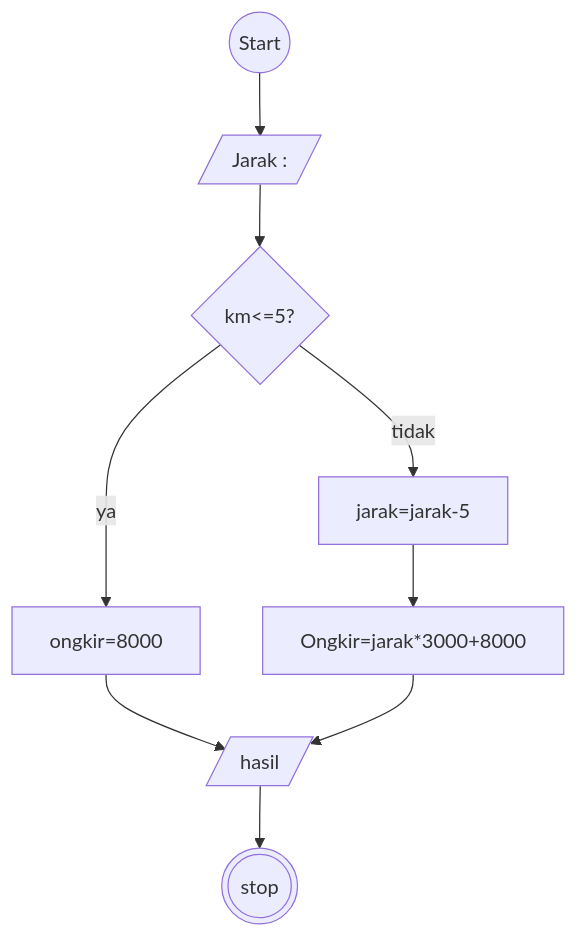
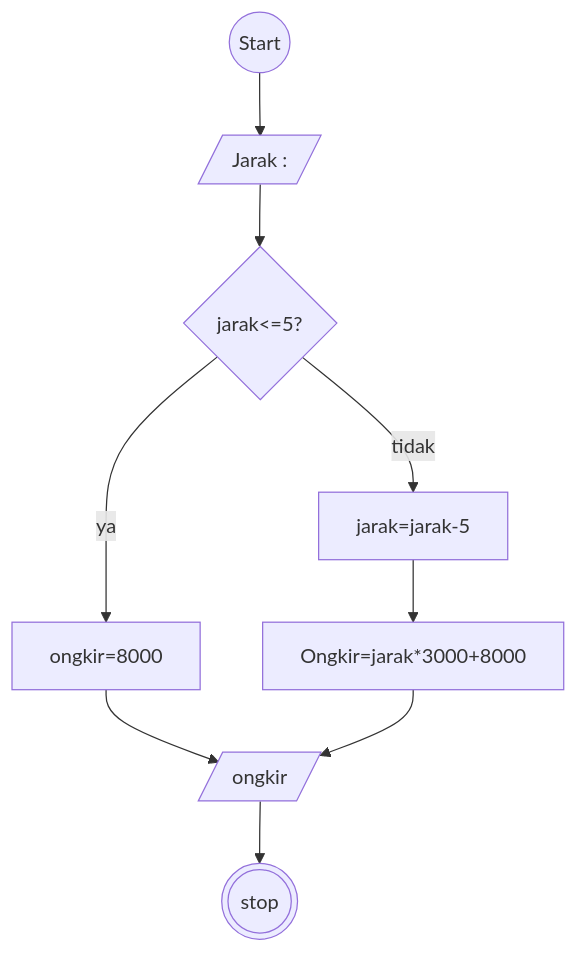
Before and after one commit to hilmy07/koda-b4-algoritma: the diagram in minitask8.md, drawn with Mermaid.

````diff
--- a/minitask8.md
+++ b/minitask8.md
@@ -3,13 +3,13 @@
 ```mermaid
 flowchart TD;
 
 strt((Start))-->km[/Jarak : /]
-km-->dcs{km<=5?};
+km-->dcs{jarak<=5?};
 dcs--tidak-->jarak[jarak=jarak-5];
 jarak-->hsl2[Ongkir=jarak*3000+8000];
 dcs--ya-->hsl1[ongkir=8000];
-hsl1-->total[/hasil/];
-hsl2-->total[/hasil/];
-total[/hasil/]-->stp(((stop)));
+hsl1-->total[/ongkir/];
+hsl2-->total[/ongkir/];
+total[/ongkir/]-->stp(((stop)));
 
 ```
````
